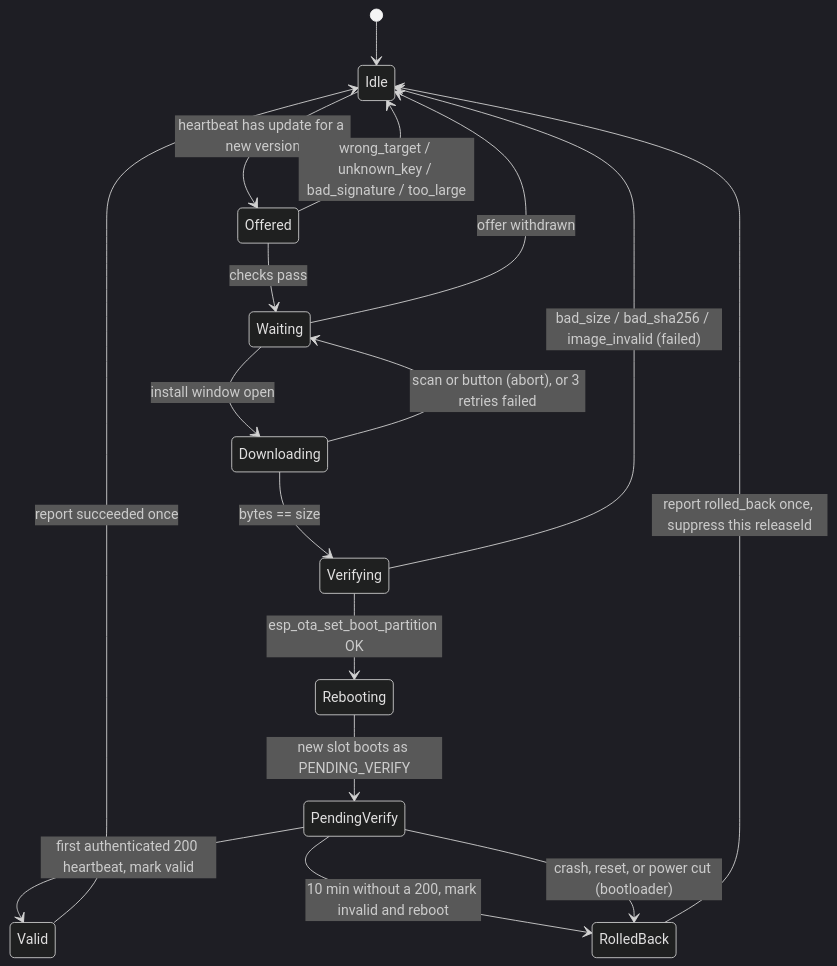
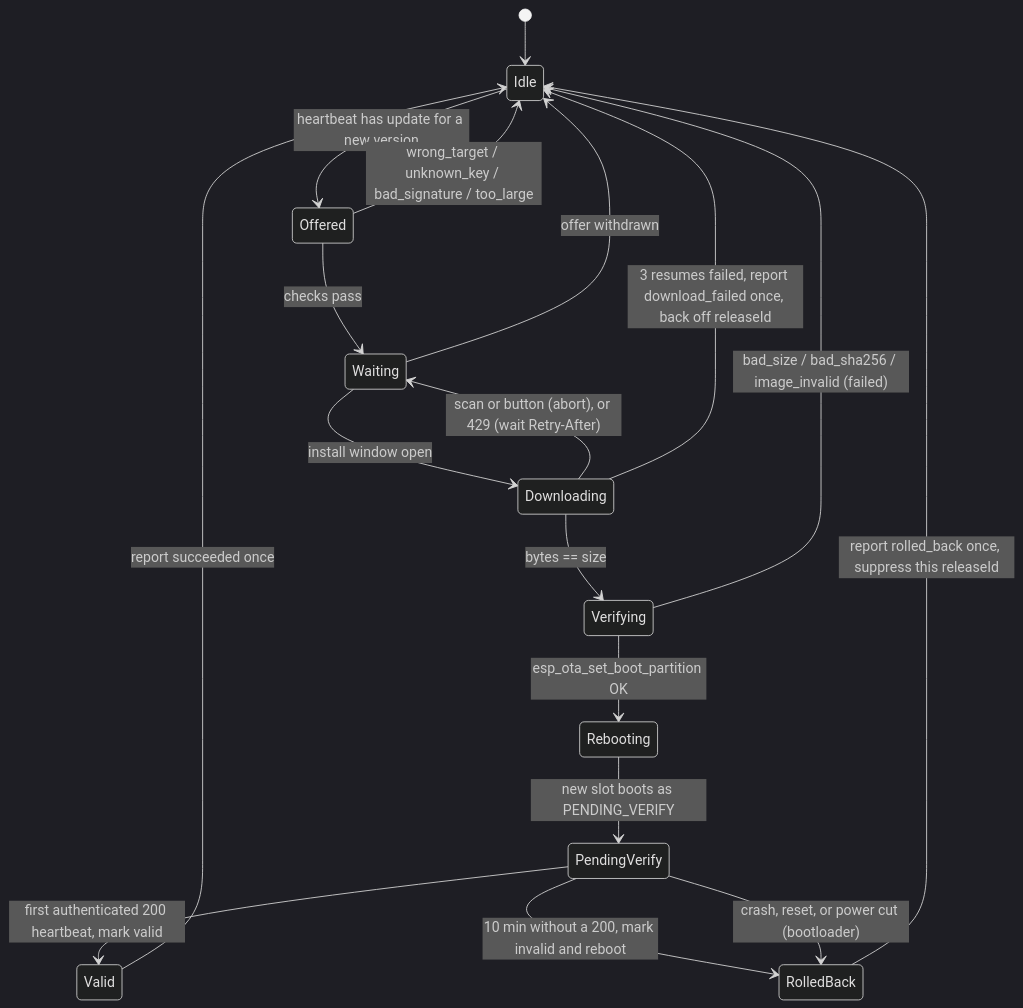
The third of 3 diagrams in docs/design/firmware-ota.md (Rhionin/stockbot), drawn with Mermaid (dark theme) before and after one commit. The commit also changed other lines of this file, not shown here.

First line of the commit message:
docs(firmware-ota): bound failed resumes and download budget (#681)

````diff
--- a/docs/design/firmware-ota.md
+++ b/docs/design/firmware-ota.md
@@ -205,19 +209,20 @@
 ```mermaid
 stateDiagram-v2
     [*] --> Idle
     Idle --> Offered: heartbeat has update for a new version
     Offered --> Idle: wrong_target / unknown_key / bad_signature / too_large
     Offered --> Waiting: checks pass
     Waiting --> Downloading: install window open
     Waiting --> Idle: offer withdrawn
-    Downloading --> Waiting: scan or button (abort), or 3 retries failed
+    Downloading --> Waiting: scan or button (abort), or 429 (wait Retry-After)
+    Downloading --> Idle: 3 resumes failed, report download_failed once, back off releaseId
     Downloading --> Verifying: bytes == size
     Verifying --> Idle: bad_size / bad_sha256 / image_invalid (failed)
     Verifying --> Rebooting: esp_ota_set_boot_partition OK
     Rebooting --> PendingVerify: new slot boots as PENDING_VERIFY
     PendingVerify --> Valid: first authenticated 200 heartbeat, mark valid
     PendingVerify --> RolledBack: 10 min without a 200, mark invalid and reboot
     PendingVerify --> RolledBack: crash, reset, or power cut (bootloader)
     RolledBack --> Idle: report rolled_back once, suppress this releaseId
     Valid --> Idle: report succeeded once
 ```
````
